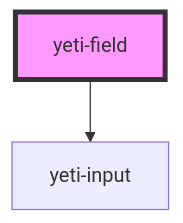
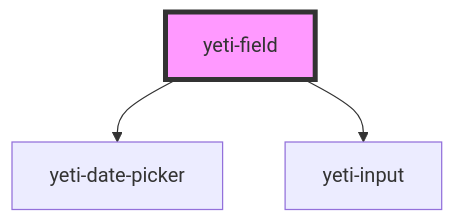
One commit to msoltvedt/yeti changed the diagram in src/components/yeti-field/readme.md. Above: the diagram before and after it, drawn with Mermaid. The commit also changed other lines of this file and 28 other files, not shown here.

````diff
--- a/src/components/yeti-field/readme.md
+++ b/src/components/yeti-field/readme.md
@@ -29,5 +31,6 @@
 ```mermaid
 graph TD;
+  yeti-field --> yeti-date-picker
   yeti-field --> yeti-input
   style yeti-field fill:#f9f,stroke:#333,stroke-width:4px
 ```
````
